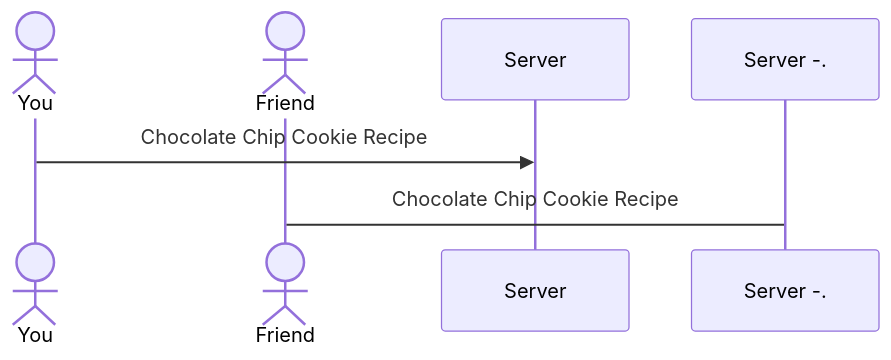
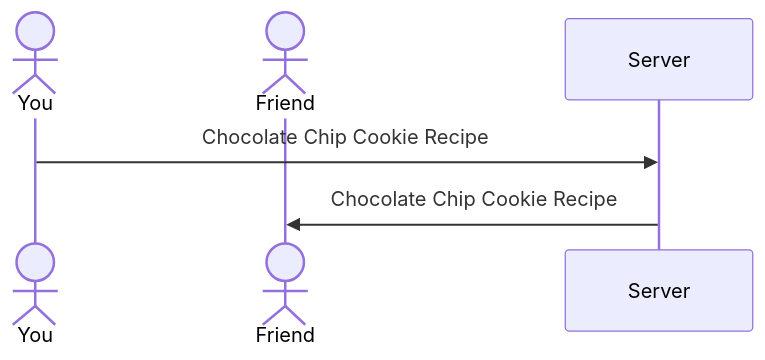
Before and after one commit to qhilton/startup: the diagram in README.md, drawn with Mermaid.

````diff
--- a/README.md
+++ b/README.md
@@ -38,7 +38,7 @@
 ```mermaid
 sequenceDiagram
     actor You
     actor Friend
     You->>Server: Chocolate Chip Cookie Recipe
-    Server -.->Friend: Chocolate Chip Cookie Recipe
+    Server->>Friend: Chocolate Chip Cookie Recipe
 ```
````
